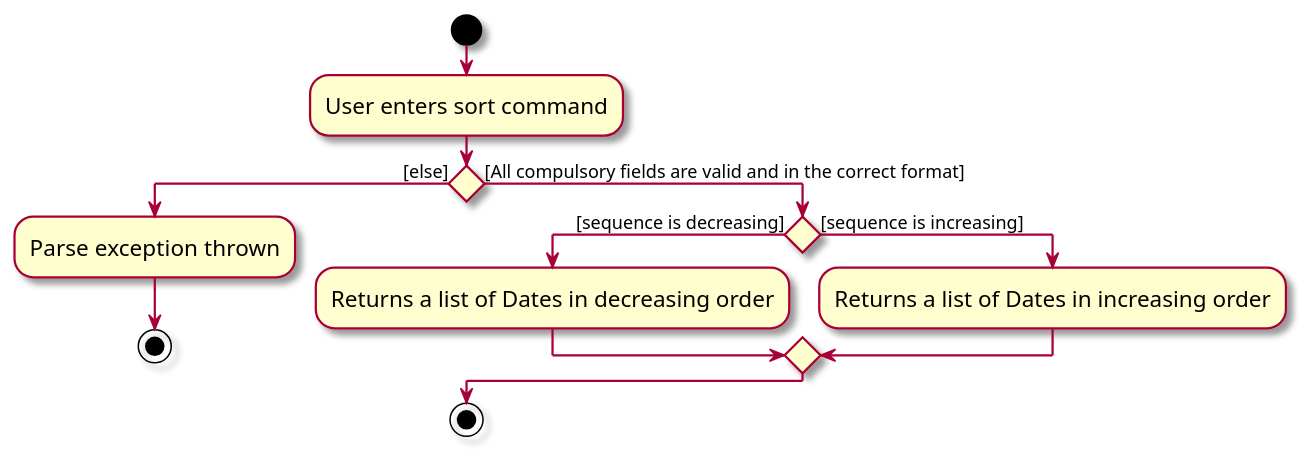
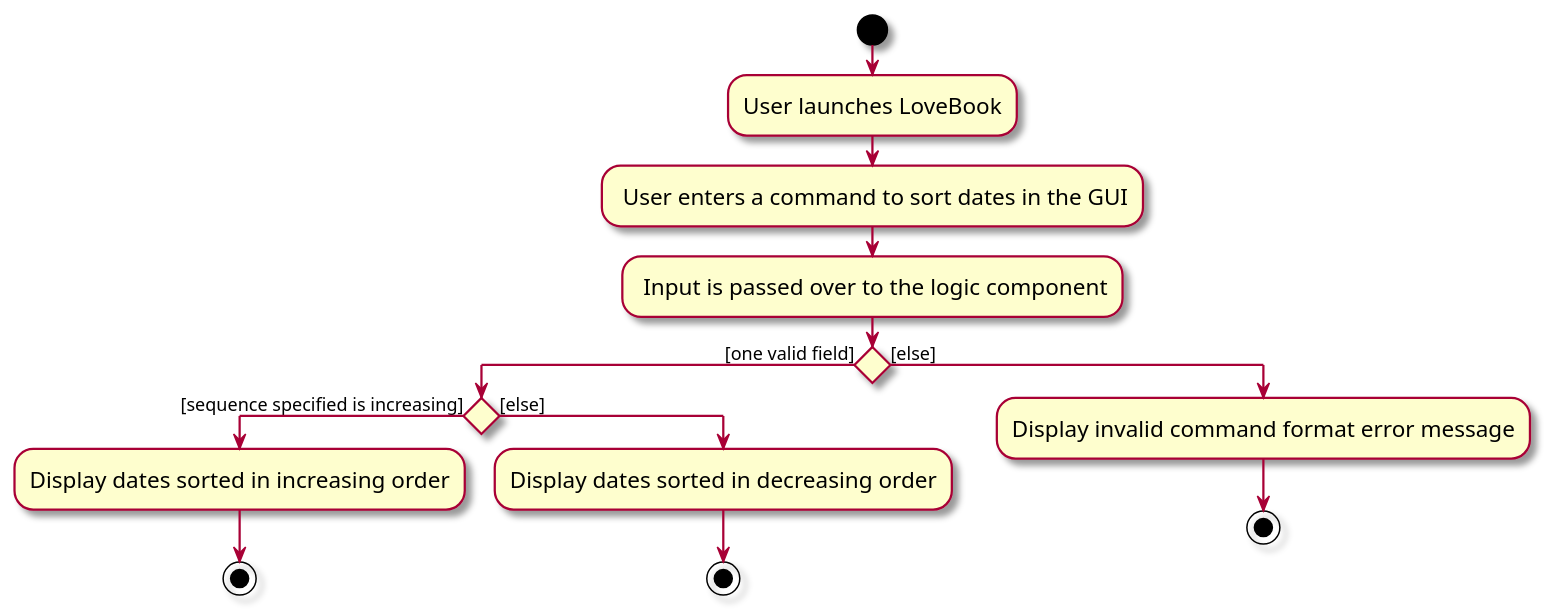
Before and after one commit to nus-cs2103-AY2324S1/tp: the diagram in docs/diagrams/SortActivity.puml, drawn with PlantUML. The commit also changed 6 other files, not shown here.

```diff
--- a/docs/diagrams/SortActivity.puml
+++ b/docs/diagrams/SortActivity.puml
@@ -1,20 +1,24 @@
 @startuml
 skin rose
 skinparam ActivityFontSize 15
 skinparam ArrowFontSize 12
+start
+:User launches LoveBook;
 
-start
-:User enters sort command;
-if () then ([else])
-  :Parse exception thrown;
-  stop
-else ([All compulsory fields are valid and in the correct format])
-  if () then ([sequence is decreasing])
-    :Returns a list of Dates in decreasing order;
-  else ([sequence is increasing])
-    :Returns a list of Dates in increasing order;
-  endif
+: User enters a command to sort dates in the GUI;
+
+: Input is passed over to the logic component;
+
+if () then ([one valid field])
+        if () then ([sequence specified is increasing])
+            :Display dates sorted in increasing order;
+            stop
+        else ([else])
+            :Display dates sorted in decreasing order;
+            stop
+        endif
+else ([else])
+    :Display invalid command format error message;
+    stop
 endif
-stop
-
 @enduml
```
